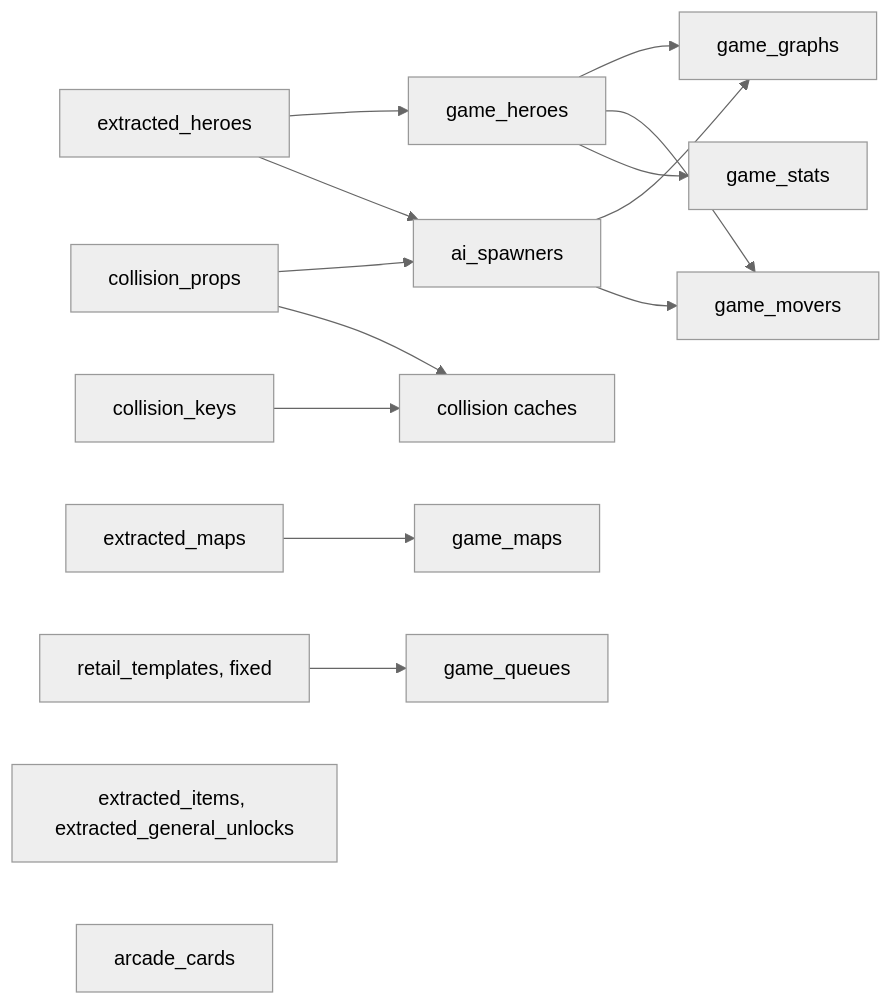
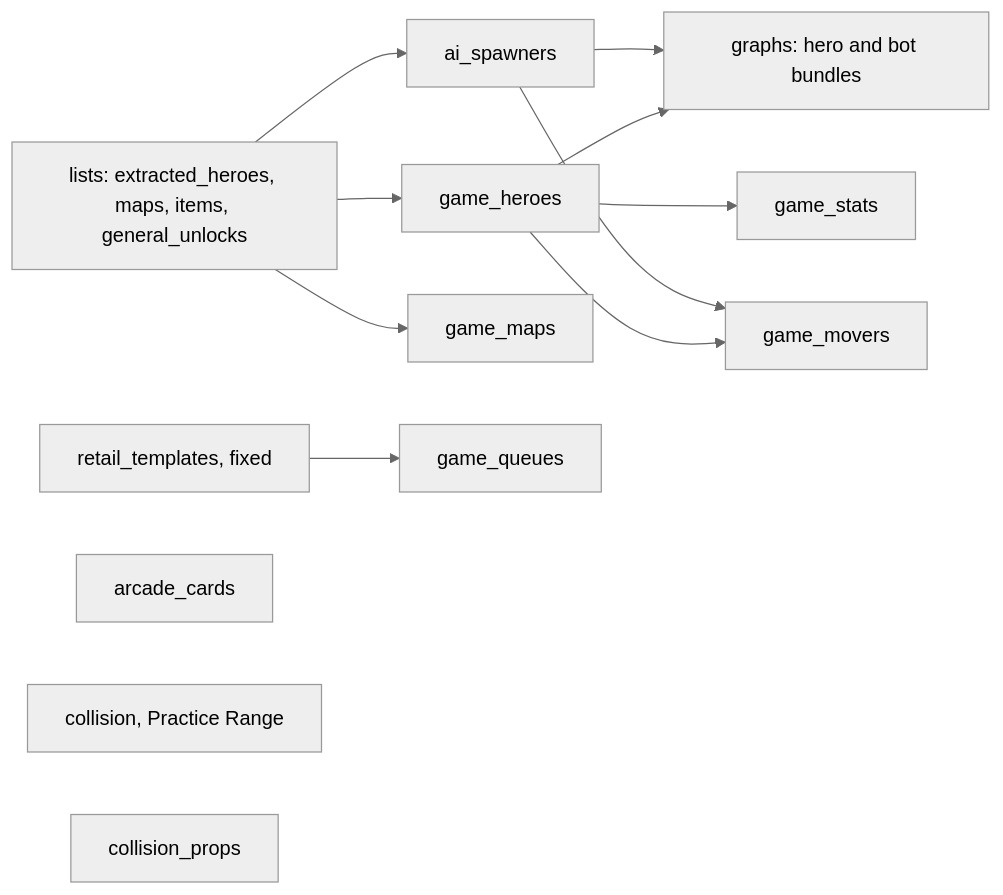
The fourth of 4 diagrams in docs/REFACTOR.md (imunproductive/lucy), drawn with Mermaid (neutral theme) before and after one commit. The commit also changed other lines of this file and 1 other file, not shown here.

Commit message:
docs: the 6c derivations and their known differences

````diff
--- a/docs/REFACTOR.md
+++ b/docs/REFACTOR.md
@@ -468,17 +468,15 @@
 ```mermaid
 flowchart LR
-  EH[extracted_heroes] --> GH[game_heroes]
-  EH --> AI[ai_spawners]
-  CP[collision_props] --> AI
-  CK[collision_keys] --> COL[collision caches]
-  CP --> COL
-  EM[extracted_maps] --> GM[game_maps]
-  GH --> GG[game_graphs]
+  L[lists: extracted_heroes, maps, items, general_unlocks] --> GH[game_heroes]
+  L --> AI[ai_spawners]
+  L --> GM[game_maps]
+  GH --> GG[graphs: hero and bot bundles]
   AI --> GG
   GH --> MV[game_movers]
   AI --> MV
   GH --> ST[game_stats]
   RT[retail_templates, fixed] --> GQ[game_queues]
-  EI[extracted_items, extracted_general_unlocks]
   AC[arcade_cards]
+  COL[collision, Practice Range]
+  CP[collision_props]
 ```
````
